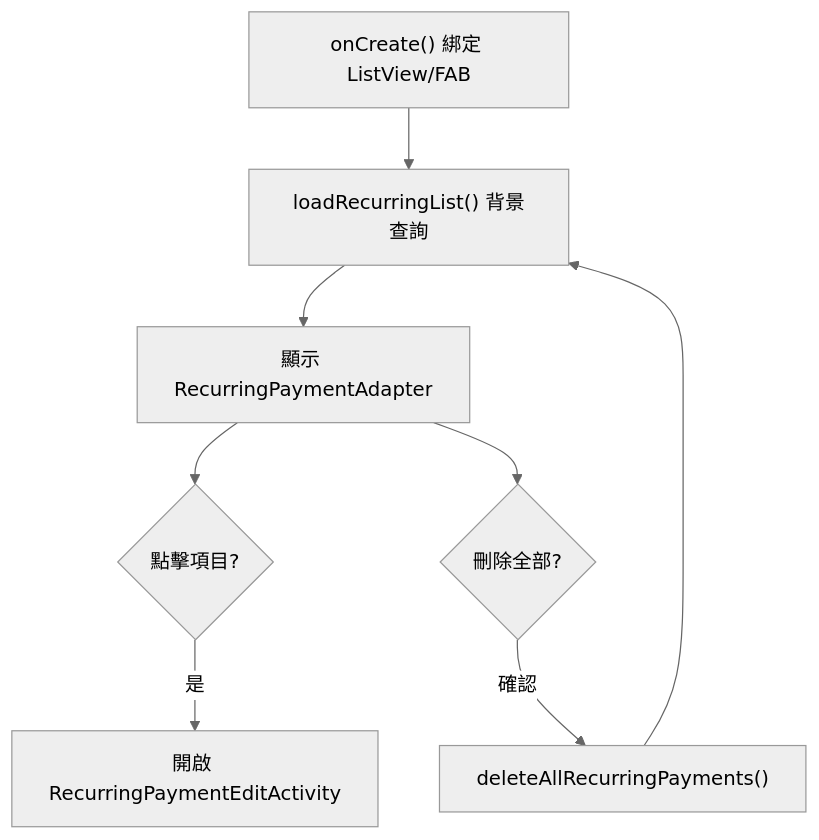
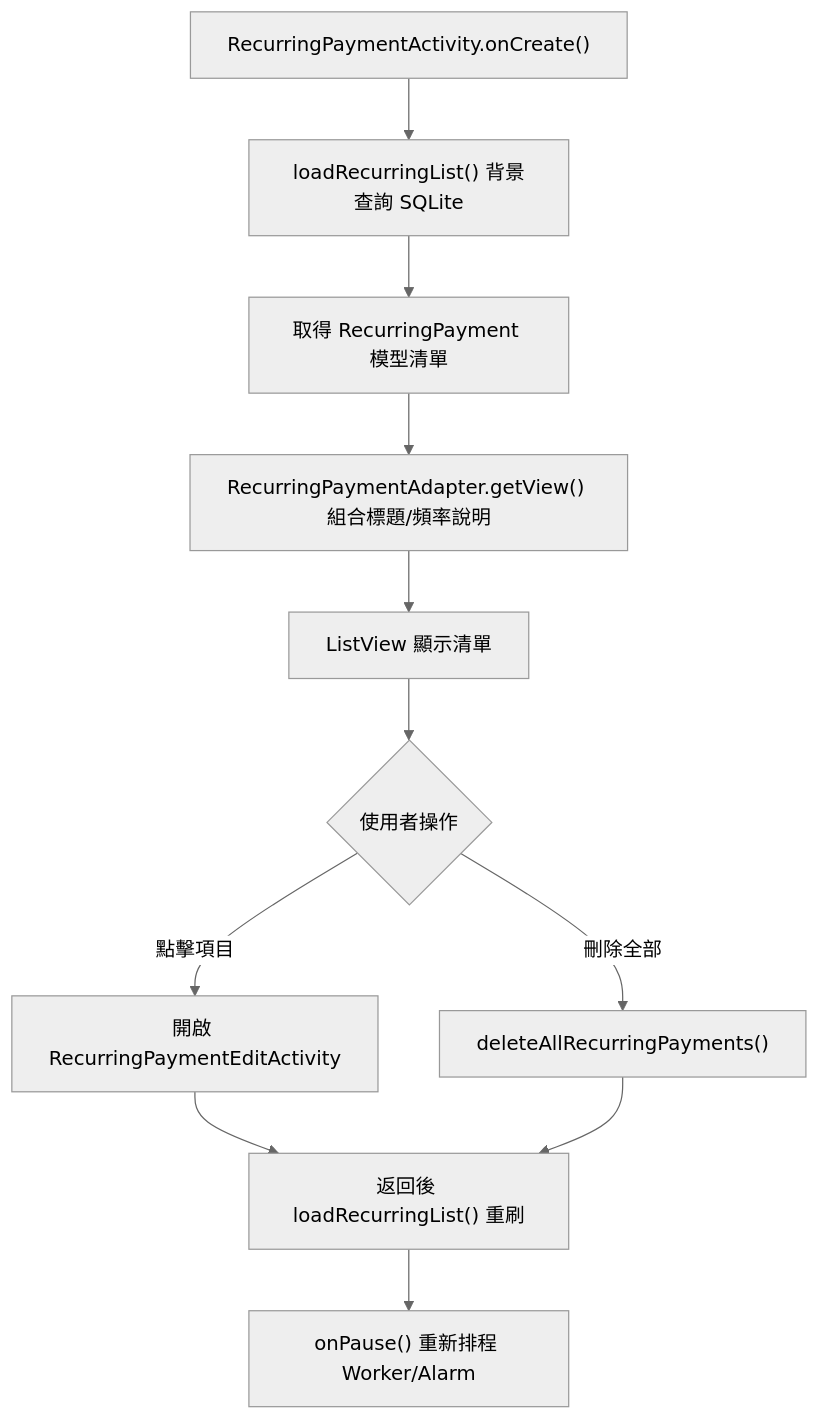
One commit to Dao-you/SimplestBookAndroid changed diagram 20 of 23 in Grading_Criteria.md. Above: the diagram before and after it, drawn with Mermaid (neutral theme). The commit also changed other lines of this file, not shown here.

````diff
--- a/Grading_Criteria.md
+++ b/Grading_Criteria.md
@@ -513,10 +493,13 @@
 ```mermaid
 flowchart TD
-    A["onCreate() 綁定 ListView/FAB"] --> B["loadRecurringList() 背景查詢"]
-    B --> C["顯示 RecurringPaymentAdapter"]
-    C --> D{"點擊項目?"}
-    D -->|"是"| E["開啟 RecurringPaymentEditActivity"]
-    C --> F{"刪除全部?"}
-    F -->|"確認"| G["deleteAllRecurringPayments()"]
-    G --> B
+    A["RecurringPaymentActivity.onCreate()"] --> B["loadRecurringList() 背景查詢 SQLite"]
+    B --> C["取得 RecurringPayment 模型清單"]
+    C --> D["RecurringPaymentAdapter.getView() 組合標題/頻率說明"]
+    D --> E["ListView 顯示清單"]
+    E --> F{"使用者操作"}
+    F -->|"點擊項目"| G["開啟 RecurringPaymentEditActivity"]
+    F -->|"刪除全部"| H["deleteAllRecurringPayments()"]
+    G --> I["返回後 loadRecurringList() 重刷"]
+    H --> I
+    I --> J["onPause() 重新排程 Worker/Alarm"]
 ```
````
